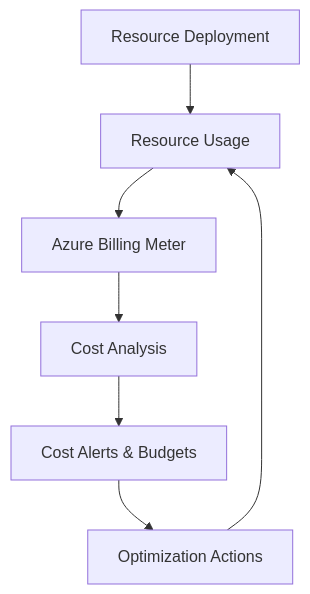
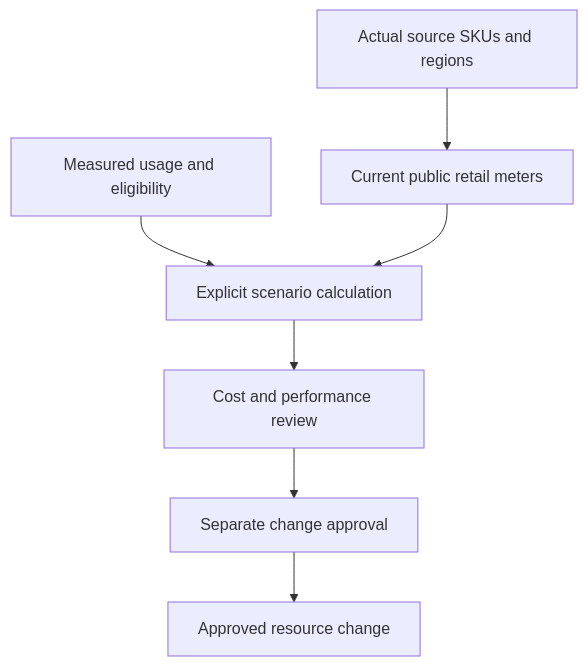
The first of 3 diagrams in infra/Azure/Bicep/COST_OPTIMIZATION.md (arolariu/arolariu.ro), drawn with Mermaid before and after one commit. The commit also changed other lines of this file and 45 other files, not shown here.

````diff
--- a/infra/Azure/Bicep/COST_OPTIMIZATION.md
+++ b/infra/Azure/Bicep/COST_OPTIMIZATION.md
@@ -21,9 +21,9 @@
 ```mermaid
 flowchart TD
-    A[Resource Deployment] --> B[Resource Usage]
-    B --> C[Azure Billing Meter]
-    C --> D[Cost Analysis]
-    D --> E[Cost Alerts & Budgets]
-    E --> F[Optimization Actions]
-    F --> B
+    Source[Actual source SKUs and regions] --> Meters[Current public retail meters]
+    Usage[Measured usage and eligibility] --> Estimate[Explicit scenario calculation]
+    Meters --> Estimate
+    Estimate --> Review[Cost and performance review]
+    Review --> Approval[Separate change approval]
+    Approval --> Changes[Approved resource change]
 ```
````
